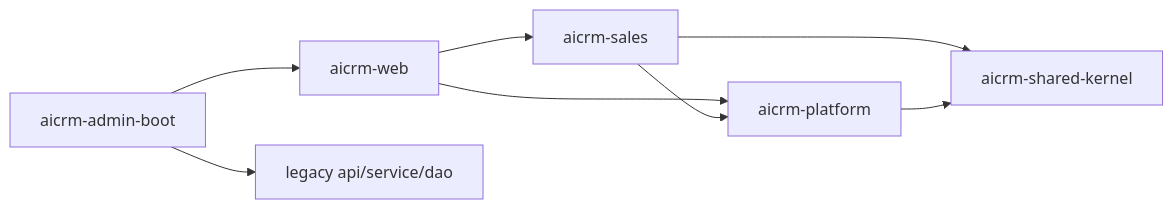
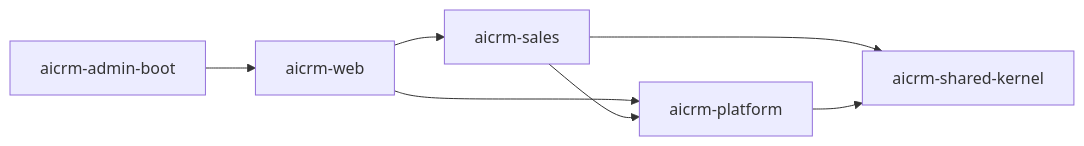
Before and after one commit to Squirtles331/AiCRM: the diagram in docs/architecture/module-boundaries.md, drawn with Mermaid. The commit also changed other lines of this file and 296 other files, not shown here.

First line of the commit message:
refactor(architecture): 切换至单轨架构，清理全部旧版遗留代码

````diff
--- a/docs/architecture/module-boundaries.md
+++ b/docs/architecture/module-boundaries.md
@@ -5,10 +5,9 @@
 ```mermaid
 flowchart LR
   boot["aicrm-admin-boot"] --> web["aicrm-web"]
-  boot --> legacy["legacy api/service/dao"]
   web --> sales["aicrm-sales"]
   web --> platform["aicrm-platform"]
   sales --> platform
   sales --> kernel["aicrm-shared-kernel"]
   platform --> kernel
 ```
````
